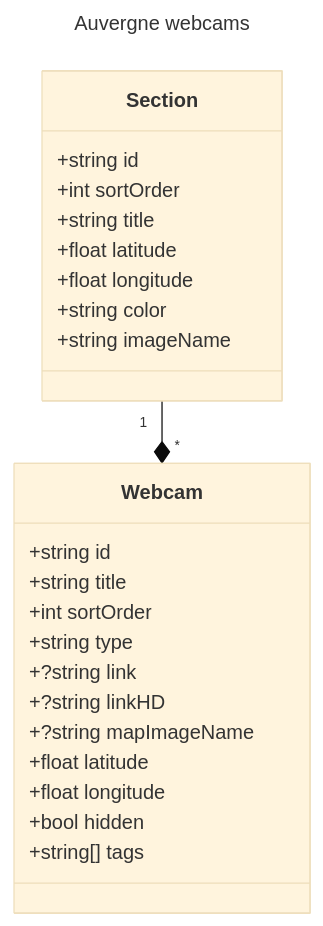
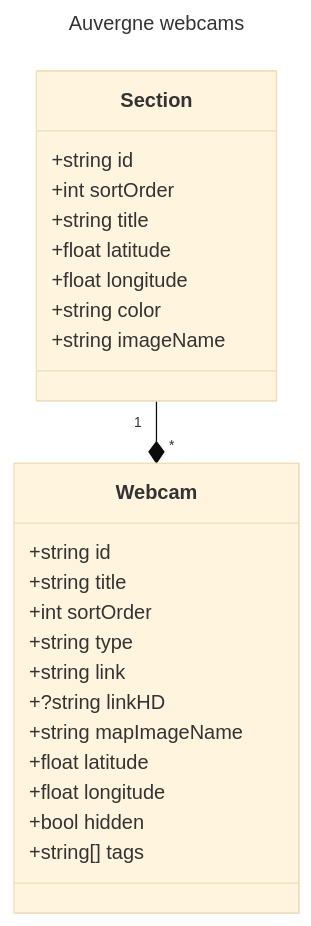
The diagram in README.md (openium/auvergne-webcams-web), drawn with Mermaid (base theme) before and after one commit. The commit also changed other lines of this file and 7 other files, not shown here.

````diff
--- a/README.md
+++ b/README.md
@@ -15,30 +15,30 @@
 ```mermaid
 ---
 title: Auvergne webcams
 ---
 classDiagram
     
     class Section
     Section : +string id
     Section : +int sortOrder
     Section : +string title
     Section : +float latitude
     Section : +float longitude
     Section : +string color
     Section : +string imageName
         
     Section "1" --* "*" Webcam
     
     class Webcam
     Webcam : +string id
     Webcam : +string title
     Webcam : +int sortOrder
     Webcam : +string type
-    Webcam : +?string link
+    Webcam : +string link
     Webcam : +?string linkHD
-    Webcam : +?string mapImageName
+    Webcam : +string mapImageName
     Webcam : +float latitude
     Webcam : +float longitude
     Webcam : +bool hidden
     Webcam : +string[] tags
 ```
````
